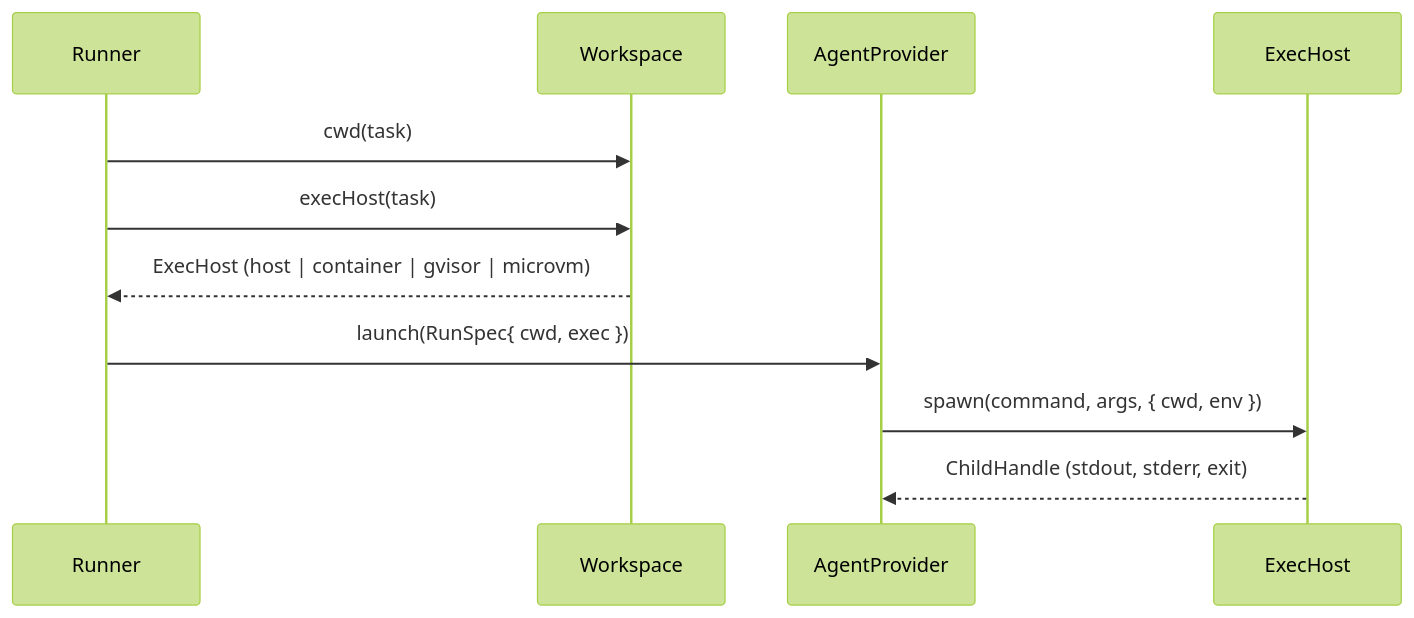
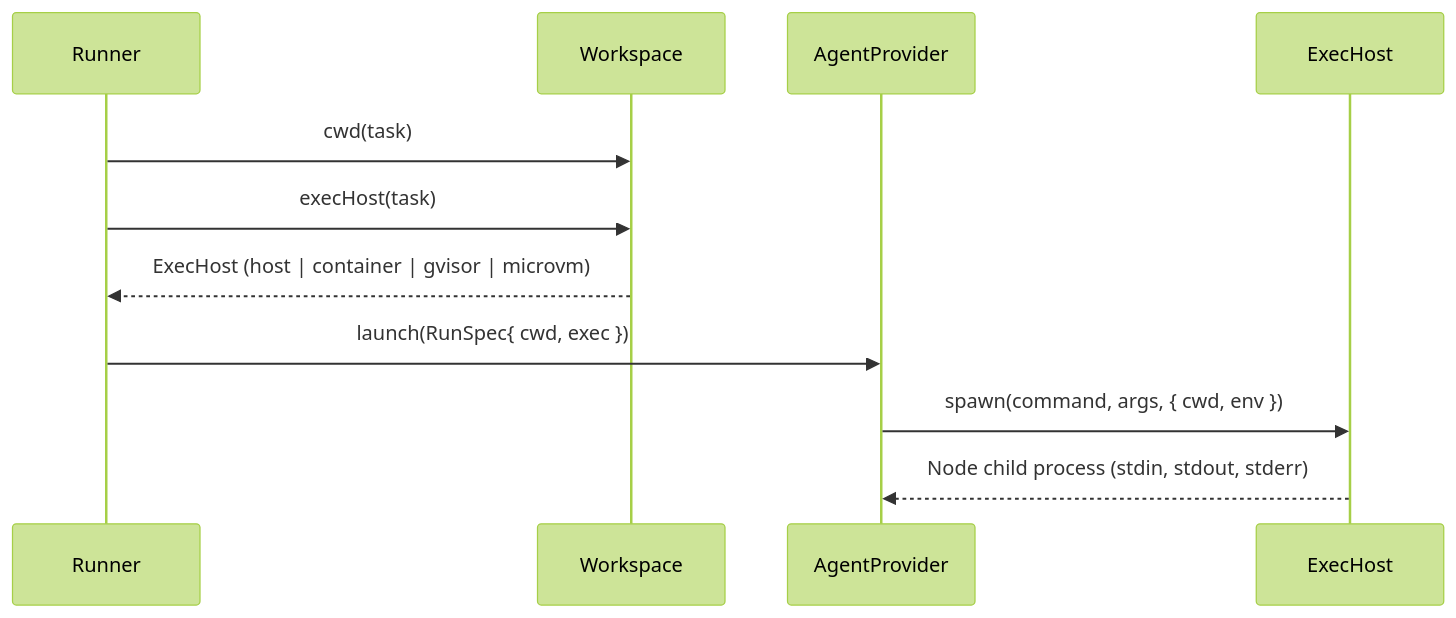
The diagram in docs/FlowBoard/Workspaces/ExecHost Seam.md (ClearCloudSoftware/flowboard), drawn with Mermaid (forest theme) before and after one commit. The commit also changed other lines of this file and 118 other files, not shown here.

````diff
--- a/docs/FlowBoard/Workspaces/ExecHost Seam.md
+++ b/docs/FlowBoard/Workspaces/ExecHost Seam.md
@@ -53,13 +56,13 @@
 ```mermaid
 sequenceDiagram
   participant R as Runner
   participant W as Workspace
   participant P as AgentProvider
   participant X as ExecHost
   R->>W: cwd(task)
   R->>W: execHost(task)
   W-->>R: ExecHost (host | container | gvisor | microvm)
   R->>P: launch(RunSpec{ cwd, exec })
   P->>X: spawn(command, args, { cwd, env })
-  X-->>P: ChildHandle (stdout, stderr, exit)
+  X-->>P: Node child process (stdin, stdout, stderr)
 ```
````
